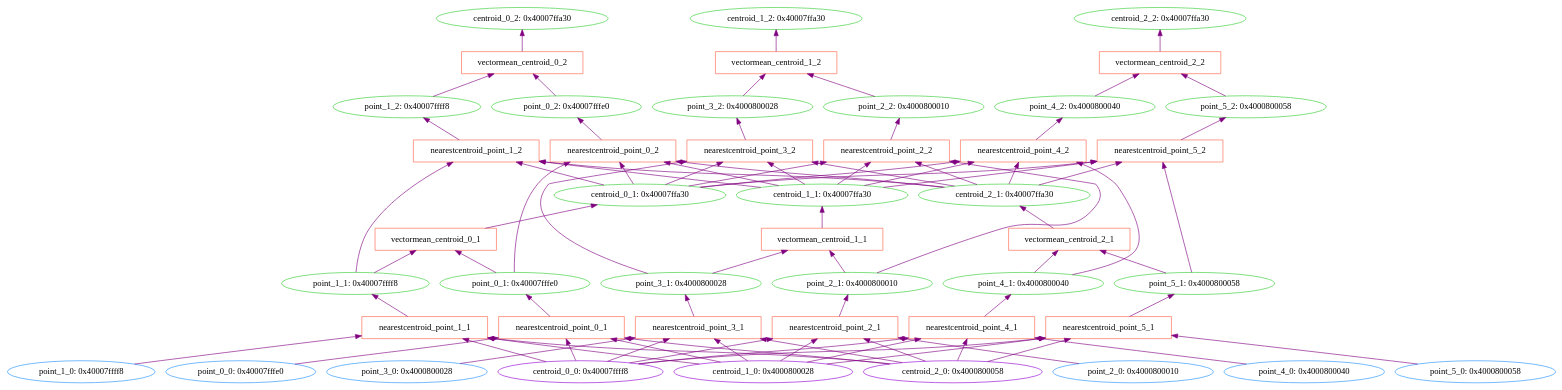
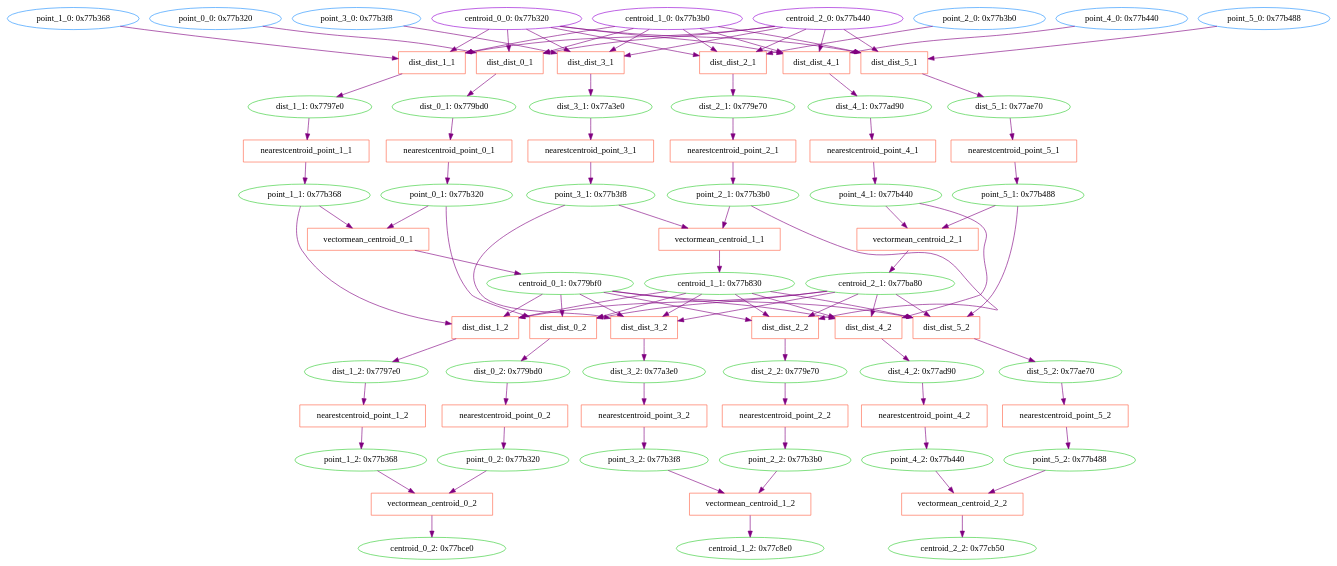
The diagram in data/toy-kmeans/cprov/test.dot (milliondegree/PXAI), drawn with Graphviz before and after one commit. The commit also changed 9 other files, not shown here.

```diff
--- a/data/toy-kmeans/cprov/test.dot
+++ b/data/toy-kmeans/cprov/test.dot
@@ -1,50 +1,73 @@
 digraph G {
-    rankdir="BT"
-0 [label="point_0_0: 0x40007fffe0", shape=oval, color=dodgerblue];
-1 [label="point_1_0: 0x40007ffff8", shape=oval, color=dodgerblue];
-2 [label="point_2_0: 0x4000800010", shape=oval, color=dodgerblue];
-3 [label="point_3_0: 0x4000800028", shape=oval, color=dodgerblue];
-4 [label="point_4_0: 0x4000800040", shape=oval, color=dodgerblue];
-5 [label="point_5_0: 0x4000800058", shape=oval, color=dodgerblue];
-6 [label="centroid_0_0: 0x40007ffff8", shape=oval, color=darkviolet];
-7 [label="centroid_1_0: 0x4000800028", shape=oval, color=darkviolet];
-8 [label="centroid_2_0: 0x4000800058", shape=oval, color=darkviolet];
-9 [label="point_0_1: 0x40007fffe0", shape=oval, color=limegreen];
-10 [label="nearestcentroid_point_0_1", shape=box, color=tomato];
-11 [label="point_1_1: 0x40007ffff8", shape=oval, color=limegreen];
-12 [label="nearestcentroid_point_1_1", shape=box, color=tomato];
-13 [label="point_2_1: 0x4000800010", shape=oval, color=limegreen];
-14 [label="nearestcentroid_point_2_1", shape=box, color=tomato];
-15 [label="point_3_1: 0x4000800028", shape=oval, color=limegreen];
-16 [label="nearestcentroid_point_3_1", shape=box, color=tomato];
-17 [label="point_4_1: 0x4000800040", shape=oval, color=limegreen];
-18 [label="nearestcentroid_point_4_1", shape=box, color=tomato];
-19 [label="point_5_1: 0x4000800058", shape=oval, color=limegreen];
-20 [label="nearestcentroid_point_5_1", shape=box, color=tomato];
-21 [label="centroid_0_1: 0x40007ffa30", shape=oval, color=limegreen];
-22 [label="vectormean_centroid_0_1", shape=box, color=tomato];
-23 [label="centroid_1_1: 0x40007ffa30", shape=oval, color=limegreen];
-24 [label="vectormean_centroid_1_1", shape=box, color=tomato];
-25 [label="centroid_2_1: 0x40007ffa30", shape=oval, color=limegreen];
-26 [label="vectormean_centroid_2_1", shape=box, color=tomato];
-27 [label="point_0_2: 0x40007fffe0", shape=oval, color=limegreen];
-28 [label="nearestcentroid_point_0_2", shape=box, color=tomato];
-29 [label="point_1_2: 0x40007ffff8", shape=oval, color=limegreen];
-30 [label="nearestcentroid_point_1_2", shape=box, color=tomato];
-31 [label="point_2_2: 0x4000800010", shape=oval, color=limegreen];
-32 [label="nearestcentroid_point_2_2", shape=box, color=tomato];
-33 [label="point_3_2: 0x4000800028", shape=oval, color=limegreen];
-34 [label="nearestcentroid_point_3_2", shape=box, color=tomato];
-35 [label="point_4_2: 0x4000800040", shape=oval, color=limegreen];
-36 [label="nearestcentroid_point_4_2", shape=box, color=tomato];
-37 [label="point_5_2: 0x4000800058", shape=oval, color=limegreen];
-38 [label="nearestcentroid_point_5_2", shape=box, color=tomato];
-39 [label="centroid_0_2: 0x40007ffa30", shape=oval, color=limegreen];
-40 [label="vectormean_centroid_0_2", shape=box, color=tomato];
-41 [label="centroid_1_2: 0x40007ffa30", shape=oval, color=limegreen];
-42 [label="vectormean_centroid_1_2", shape=box, color=tomato];
-43 [label="centroid_2_2: 0x40007ffa30", shape=oval, color=limegreen];
-44 [label="vectormean_centroid_2_2", shape=box, color=tomato];
+0 [label="point_0_0: 0x77b320", shape=oval, color=dodgerblue];
+1 [label="point_1_0: 0x77b368", shape=oval, color=dodgerblue];
+2 [label="point_2_0: 0x77b3b0", shape=oval, color=dodgerblue];
+3 [label="point_3_0: 0x77b3f8", shape=oval, color=dodgerblue];
+4 [label="point_4_0: 0x77b440", shape=oval, color=dodgerblue];
+5 [label="point_5_0: 0x77b488", shape=oval, color=dodgerblue];
+6 [label="centroid_0_0: 0x77b320", shape=oval, color=darkviolet];
+7 [label="centroid_1_0: 0x77b3b0", shape=oval, color=darkviolet];
+8 [label="centroid_2_0: 0x77b440", shape=oval, color=darkviolet];
+9 [label="dist_0_1: 0x779bd0", shape=oval, color=limegreen];
+10 [label="dist_dist_0_1", shape=box, color=tomato];
+11 [label="point_0_1: 0x77b320", shape=oval, color=limegreen];
+12 [label="nearestcentroid_point_0_1", shape=box, color=tomato];
+13 [label="dist_1_1: 0x7797e0", shape=oval, color=limegreen];
+14 [label="dist_dist_1_1", shape=box, color=tomato];
+15 [label="point_1_1: 0x77b368", shape=oval, color=limegreen];
+16 [label="nearestcentroid_point_1_1", shape=box, color=tomato];
+17 [label="dist_2_1: 0x779e70", shape=oval, color=limegreen];
+18 [label="dist_dist_2_1", shape=box, color=tomato];
+19 [label="point_2_1: 0x77b3b0", shape=oval, color=limegreen];
+20 [label="nearestcentroid_point_2_1", shape=box, color=tomato];
+21 [label="dist_3_1: 0x77a3e0", shape=oval, color=limegreen];
+22 [label="dist_dist_3_1", shape=box, color=tomato];
+23 [label="point_3_1: 0x77b3f8", shape=oval, color=limegreen];
+24 [label="nearestcentroid_point_3_1", shape=box, color=tomato];
+25 [label="dist_4_1: 0x77ad90", shape=oval, color=limegreen];
+26 [label="dist_dist_4_1", shape=box, color=tomato];
+27 [label="point_4_1: 0x77b440", shape=oval, color=limegreen];
+28 [label="nearestcentroid_point_4_1", shape=box, color=tomato];
+29 [label="dist_5_1: 0x77ae70", shape=oval, color=limegreen];
+30 [label="dist_dist_5_1", shape=box, color=tomato];
+31 [label="point_5_1: 0x77b488", shape=oval, color=limegreen];
+32 [label="nearestcentroid_point_5_1", shape=box, color=tomato];
+33 [label="centroid_0_1: 0x779bf0", shape=oval, color=limegreen];
+34 [label="vectormean_centroid_0_1", shape=box, color=tomato];
+35 [label="centroid_1_1: 0x77b830", shape=oval, color=limegreen];
+36 [label="vectormean_centroid_1_1", shape=box, color=tomato];
+37 [label="centroid_2_1: 0x77ba80", shape=oval, color=limegreen];
+38 [label="vectormean_centroid_2_1", shape=box, color=tomato];
+39 [label="dist_0_2: 0x779bd0", shape=oval, color=limegreen];
+40 [label="dist_dist_0_2", shape=box, color=tomato];
+41 [label="point_0_2: 0x77b320", shape=oval, color=limegreen];
+42 [label="nearestcentroid_point_0_2", shape=box, color=tomato];
+43 [label="dist_1_2: 0x7797e0", shape=oval, color=limegreen];
+44 [label="dist_dist_1_2", shape=box, color=tomato];
+45 [label="point_1_2: 0x77b368", shape=oval, color=limegreen];
+46 [label="nearestcentroid_point_1_2", shape=box, color=tomato];
+47 [label="dist_2_2: 0x779e70", shape=oval, color=limegreen];
+48 [label="dist_dist_2_2", shape=box, color=tomato];
+49 [label="point_2_2: 0x77b3b0", shape=oval, color=limegreen];
+50 [label="nearestcentroid_point_2_2", shape=box, color=tomato];
+51 [label="dist_3_2: 0x77a3e0", shape=oval, color=limegreen];
+52 [label="dist_dist_3_2", shape=box, color=tomato];
+53 [label="point_3_2: 0x77b3f8", shape=oval, color=limegreen];
+54 [label="nearestcentroid_point_3_2", shape=box, color=tomato];
+55 [label="dist_4_2: 0x77ad90", shape=oval, color=limegreen];
+56 [label="dist_dist_4_2", shape=box, color=tomato];
+57 [label="point_4_2: 0x77b440", shape=oval, color=limegreen];
+58 [label="nearestcentroid_point_4_2", shape=box, color=tomato];
+59 [label="dist_5_2: 0x77ae70", shape=oval, color=limegreen];
+60 [label="dist_dist_5_2", shape=box, color=tomato];
+61 [label="point_5_2: 0x77b488", shape=oval, color=limegreen];
+62 [label="nearestcentroid_point_5_2", shape=box, color=tomato];
+63 [label="centroid_0_2: 0x77bce0", shape=oval, color=limegreen];
+64 [label="vectormean_centroid_0_2", shape=box, color=tomato];
+65 [label="centroid_1_2: 0x77c8e0", shape=oval, color=limegreen];
+66 [label="vectormean_centroid_1_2", shape=box, color=tomato];
+67 [label="centroid_2_2: 0x77cb50", shape=oval, color=limegreen];
+68 [label="vectormean_centroid_2_2", shape=box, color=tomato];
 10->9  [color=purple]
  [label=""];
 6->10  [color=purple]
@@ -57,13 +80,7 @@
  [label=""];
 12->11  [color=purple]
  [label=""];
-6->12  [color=purple]
- [label=""];
-7->12  [color=purple]
- [label=""];
-8->12  [color=purple]
- [label=""];
-1->12  [color=purple]
+9->12  [color=purple]
  [label=""];
 14->13  [color=purple]
  [label=""];
@@ -73,17 +90,11 @@
  [label=""];
 8->14  [color=purple]
  [label=""];
-2->14  [color=purple]
+1->14  [color=purple]
  [label=""];
 16->15  [color=purple]
  [label=""];
-6->16  [color=purple]
- [label=""];
-7->16  [color=purple]
- [label=""];
-8->16  [color=purple]
- [label=""];
-3->16  [color=purple]
+13->16  [color=purple]
  [label=""];
 18->17  [color=purple]
  [label=""];
@@ -93,112 +104,172 @@
  [label=""];
 8->18  [color=purple]
  [label=""];
-4->18  [color=purple]
+2->18  [color=purple]
  [label=""];
 20->19  [color=purple]
  [label=""];
-6->20  [color=purple]
- [label=""];
-7->20  [color=purple]
- [label=""];
-8->20  [color=purple]
- [label=""];
-5->20  [color=purple]
+17->20  [color=purple]
  [label=""];
 22->21  [color=purple]
  [label=""];
-9->22  [color=purple]
+6->22  [color=purple]
  [label=""];
-11->22  [color=purple]
+7->22  [color=purple]
+ [label=""];
+8->22  [color=purple]
+ [label=""];
+3->22  [color=purple]
  [label=""];
 24->23  [color=purple]
  [label=""];
-13->24  [color=purple]
- [label=""];
-15->24  [color=purple]
+21->24  [color=purple]
  [label=""];
 26->25  [color=purple]
  [label=""];
-17->26  [color=purple]
+6->26  [color=purple]
  [label=""];
-19->26  [color=purple]
+7->26  [color=purple]
+ [label=""];
+8->26  [color=purple]
+ [label=""];
+4->26  [color=purple]
  [label=""];
 28->27  [color=purple]
  [label=""];
-21->28  [color=purple]
- [label=""];
-23->28  [color=purple]
- [label=""];
 25->28  [color=purple]
- [label=""];
-9->28  [color=purple]
  [label=""];
 30->29  [color=purple]
  [label=""];
-21->30  [color=purple]
+6->30  [color=purple]
  [label=""];
-23->30  [color=purple]
+7->30  [color=purple]
  [label=""];
-25->30  [color=purple]
+8->30  [color=purple]
  [label=""];
-11->30  [color=purple]
+5->30  [color=purple]
  [label=""];
 32->31  [color=purple]
  [label=""];
-21->32  [color=purple]
- [label=""];
-23->32  [color=purple]
- [label=""];
-25->32  [color=purple]
- [label=""];
-13->32  [color=purple]
+29->32  [color=purple]
  [label=""];
 34->33  [color=purple]
  [label=""];
-21->34  [color=purple]
- [label=""];
-23->34  [color=purple]
- [label=""];
-25->34  [color=purple]
+11->34  [color=purple]
  [label=""];
 15->34  [color=purple]
  [label=""];
 36->35  [color=purple]
  [label=""];
-21->36  [color=purple]
+19->36  [color=purple]
  [label=""];
 23->36  [color=purple]
  [label=""];
-25->36  [color=purple]
- [label=""];
-17->36  [color=purple]
- [label=""];
 38->37  [color=purple]
  [label=""];
-21->38  [color=purple]
+27->38  [color=purple]
  [label=""];
-23->38  [color=purple]
- [label=""];
-25->38  [color=purple]
- [label=""];
-19->38  [color=purple]
+31->38  [color=purple]
  [label=""];
 40->39  [color=purple]
  [label=""];
-27->40  [color=purple]
+33->40  [color=purple]
  [label=""];
-29->40  [color=purple]
+35->40  [color=purple]
+ [label=""];
+37->40  [color=purple]
+ [label=""];
+11->40  [color=purple]
  [label=""];
 42->41  [color=purple]
  [label=""];
-31->42  [color=purple]
- [label=""];
-33->42  [color=purple]
+39->42  [color=purple]
  [label=""];
 44->43  [color=purple]
+ [label=""];
+33->44  [color=purple]
  [label=""];
 35->44  [color=purple]
  [label=""];
 37->44  [color=purple]
  [label=""];
+15->44  [color=purple]
+ [label=""];
+46->45  [color=purple]
+ [label=""];
+43->46  [color=purple]
+ [label=""];
+48->47  [color=purple]
+ [label=""];
+33->48  [color=purple]
+ [label=""];
+35->48  [color=purple]
+ [label=""];
+37->48  [color=purple]
+ [label=""];
+19->48  [color=purple]
+ [label=""];
+50->49  [color=purple]
+ [label=""];
+47->50  [color=purple]
+ [label=""];
+52->51  [color=purple]
+ [label=""];
+33->52  [color=purple]
+ [label=""];
+35->52  [color=purple]
+ [label=""];
+37->52  [color=purple]
+ [label=""];
+23->52  [color=purple]
+ [label=""];
+54->53  [color=purple]
+ [label=""];
+51->54  [color=purple]
+ [label=""];
+56->55  [color=purple]
+ [label=""];
+33->56  [color=purple]
+ [label=""];
+35->56  [color=purple]
+ [label=""];
+37->56  [color=purple]
+ [label=""];
+27->56  [color=purple]
+ [label=""];
+58->57  [color=purple]
+ [label=""];
+55->58  [color=purple]
+ [label=""];
+60->59  [color=purple]
+ [label=""];
+33->60  [color=purple]
+ [label=""];
+35->60  [color=purple]
+ [label=""];
+37->60  [color=purple]
+ [label=""];
+31->60  [color=purple]
+ [label=""];
+62->61  [color=purple]
+ [label=""];
+59->62  [color=purple]
+ [label=""];
+64->63  [color=purple]
+ [label=""];
+41->64  [color=purple]
+ [label=""];
+45->64  [color=purple]
+ [label=""];
+66->65  [color=purple]
+ [label=""];
+49->66  [color=purple]
+ [label=""];
+53->66  [color=purple]
+ [label=""];
+68->67  [color=purple]
+ [label=""];
+57->68  [color=purple]
+ [label=""];
+61->68  [color=purple]
+ [label=""];
 }
```
